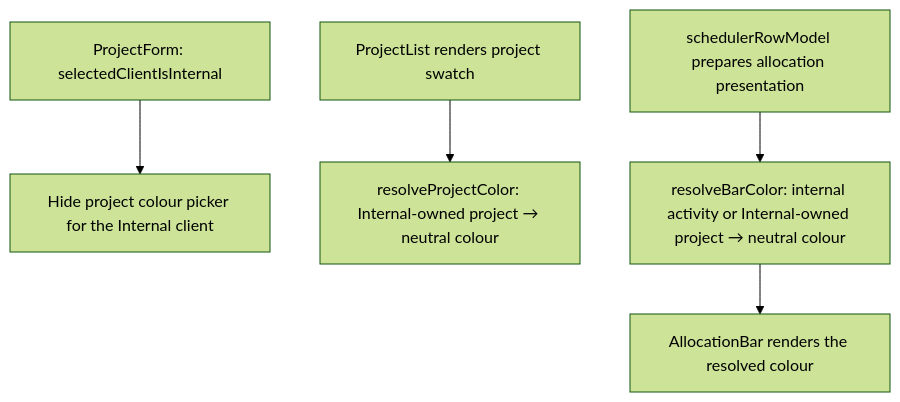
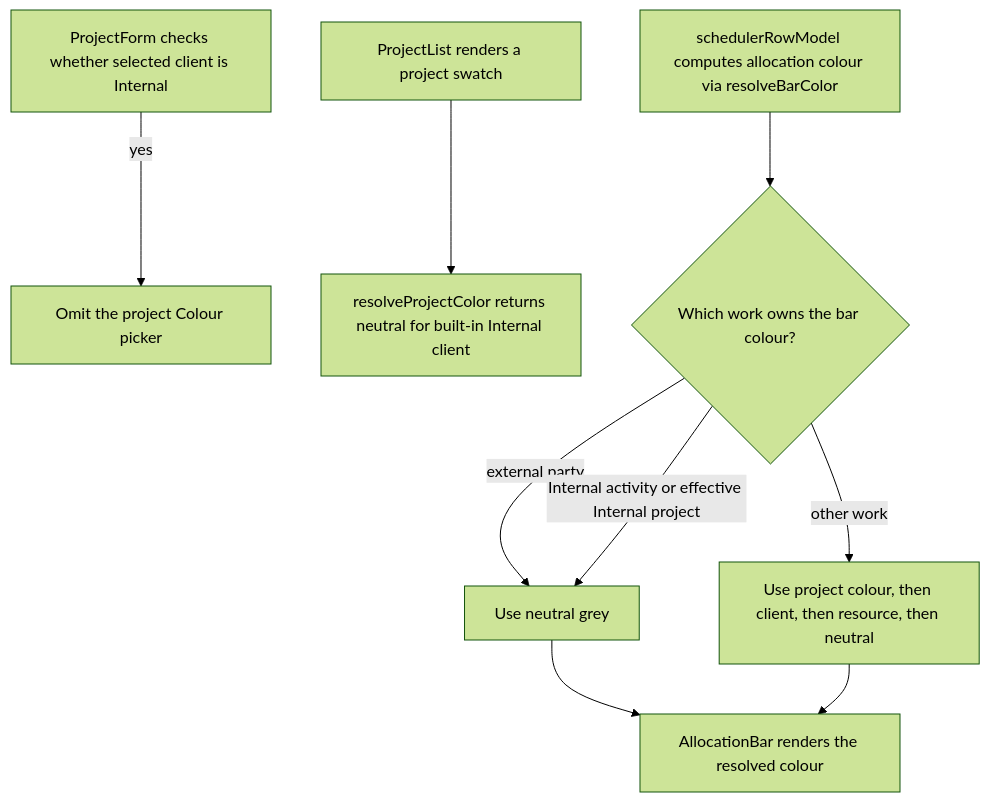
One commit to Kevinjohn/capacitylens changed the second of 2 diagrams in user-stories/settings/US-SET-14-internal-work-colours.md. Above: the diagram before and after it, drawn with Mermaid (forest theme). The commit also changed other lines of this file and 172 other files, not shown here.

Commit message:
docs: reconcile user story code flows with source

````diff
--- a/user-stories/settings/US-SET-14-internal-work-colours.md
+++ b/user-stories/settings/US-SET-14-internal-work-colours.md
@@ -25,7 +27,11 @@
 ```mermaid
 flowchart TD
-form["ProjectForm: selectedClientIsInternal"] --> picker["Hide project colour picker for the Internal client"]
-  list["ProjectList renders project swatch"] --> project["resolveProjectColor: Internal-owned project → neutral colour"]
-  model["schedulerRowModel prepares allocation presentation"] --> barcolor["resolveBarColor: internal activity or Internal-owned project → neutral colour"]
-  barcolor --> bar["AllocationBar renders the resolved colour"]
+  project["ProjectForm checks whether selected client is Internal"] -->|yes| hide["Omit the project Colour picker"]
+  list["ProjectList renders a project swatch"] --> projectColour["resolveProjectColor returns neutral for built-in Internal client"]
+  model["schedulerRowModel computes allocation colour via resolveBarColor"] --> rule{"Which work owns the bar colour?"}
+  rule -->|external party| neutral["Use neutral grey"]
+  rule -->|Internal activity or effective Internal project| neutral
+  rule -->|other work| chosen["Use project colour, then client, then resource, then neutral"]
+  neutral --> bar["AllocationBar renders the resolved colour"]
+  chosen --> bar
 ```
````
